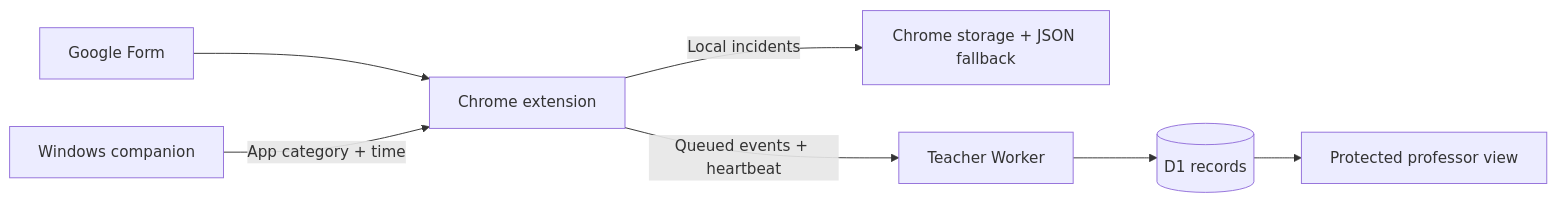
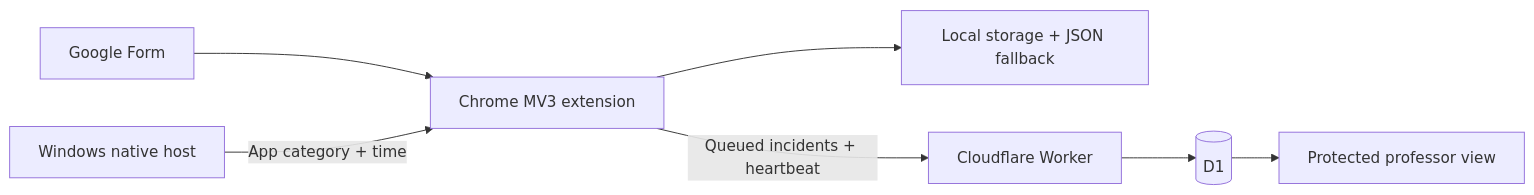
Before and after one commit to learningDar/IntegriTest: the diagram in README.md, drawn with Mermaid. The commit also changed other lines of this file and 33 other files, not shown here.

````diff
--- a/README.md
+++ b/README.md
@@ -44,9 +36,9 @@
 ```mermaid
 flowchart LR
-    F[Google Form] --> E[Chrome extension]
-    H[Windows companion] -->|App category + time| E
-    E -->|Local incidents| L[Chrome storage + JSON fallback]
-    E -->|Queued events + heartbeat| W[Teacher Worker]
-    W --> D[(D1 records)]
+    F[Google Form] --> E[Chrome MV3 extension]
+    H[Windows native host] -->|App category + time| E
+    E --> L[Local storage + JSON fallback]
+    E -->|Queued incidents + heartbeat| W[Cloudflare Worker]
+    W --> D[(D1)]
     D --> V[Protected professor view]
 ```
````
